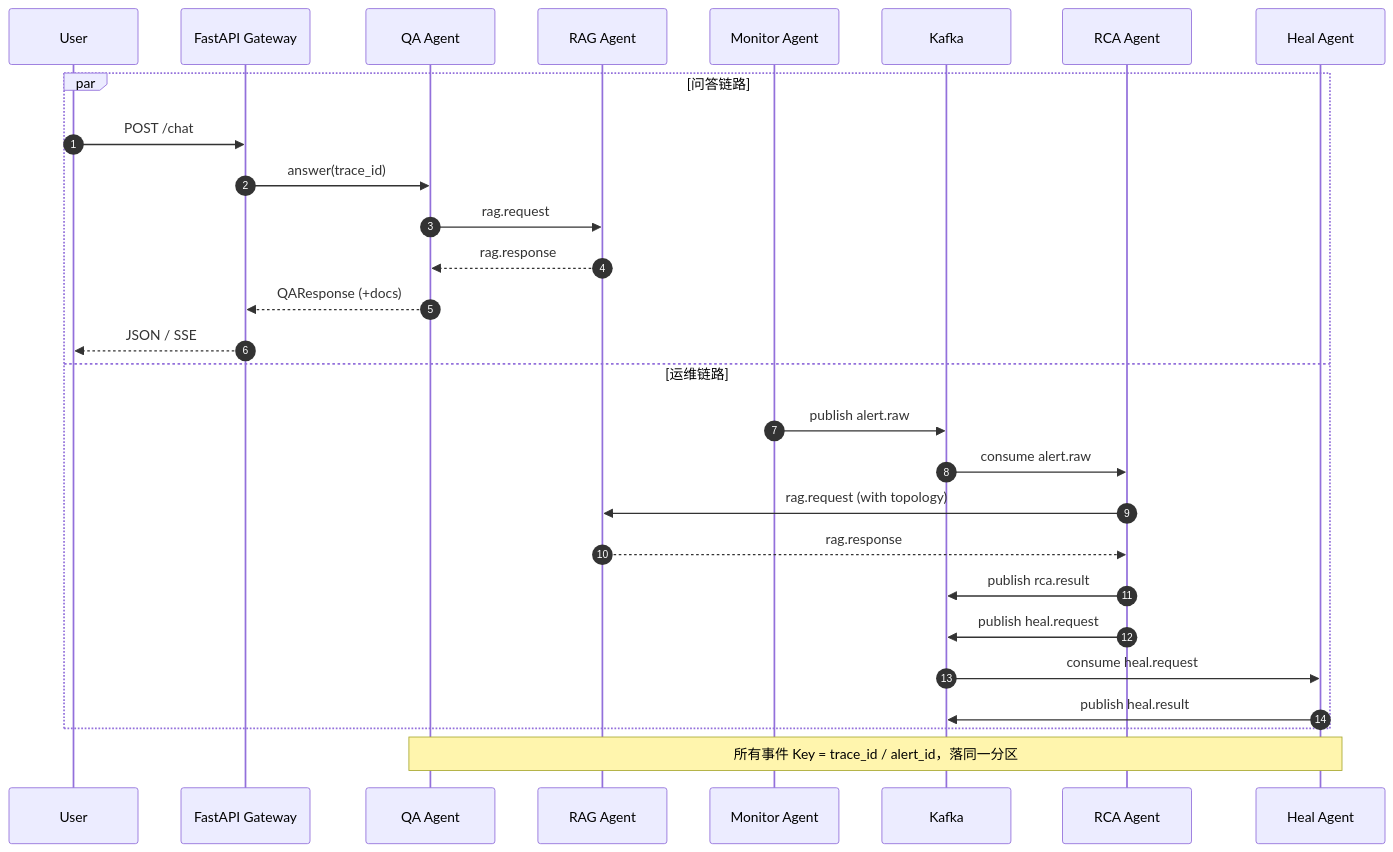
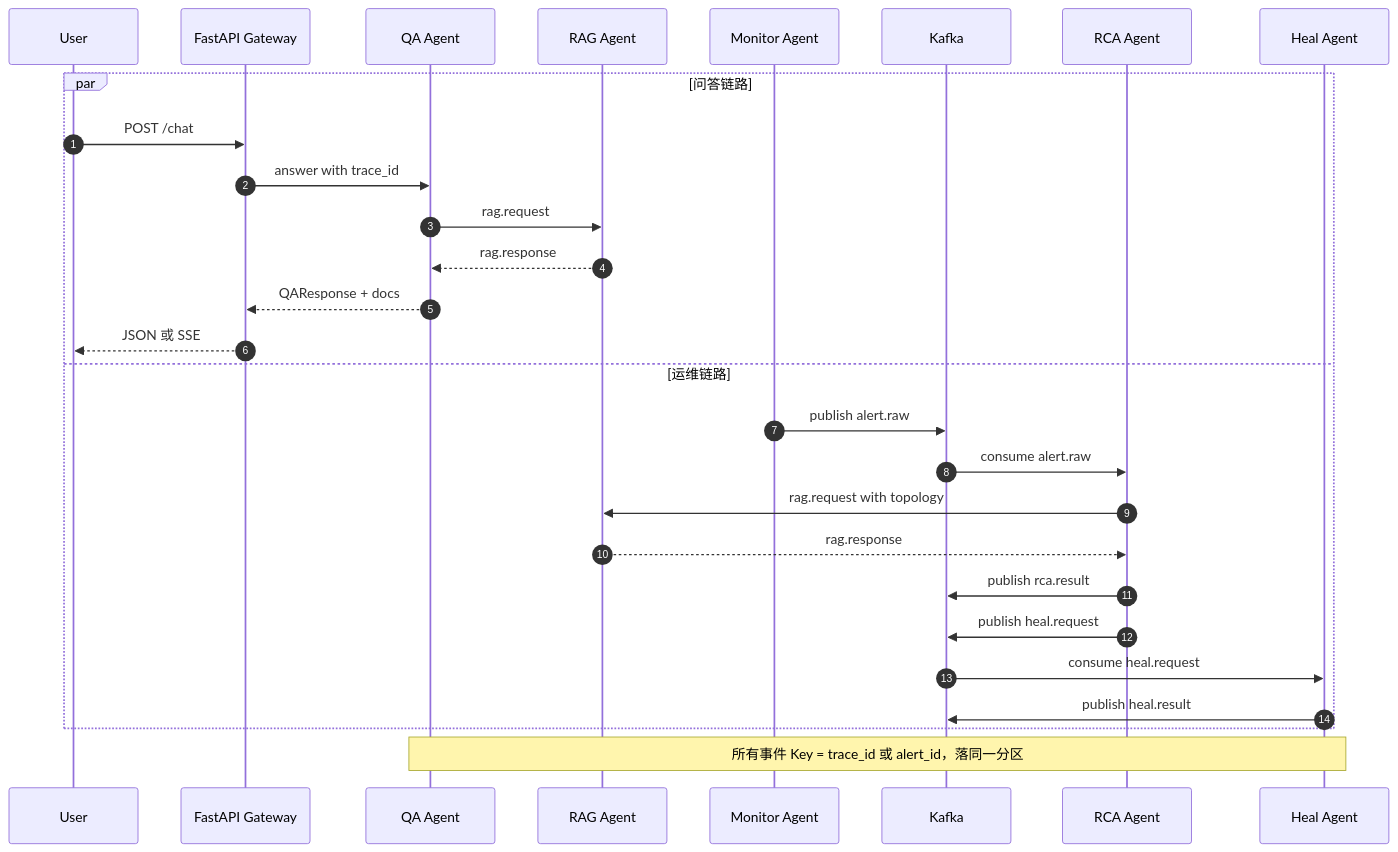
Before and after one commit to AlisLi/AIOps-Agent: the first of 11 diagrams in SYSTEM_DESIGN.md, drawn with Mermaid. The commit also changed other lines of this file, not shown here.

````diff
--- a/SYSTEM_DESIGN.md
+++ b/SYSTEM_DESIGN.md
@@ -158,31 +158,31 @@
 ```mermaid
 sequenceDiagram
     autonumber
     participant U as User
     participant GW as FastAPI Gateway
     participant QA as QA Agent
     participant RAG as RAG Agent
     participant MON as Monitor Agent
     participant K as Kafka
     participant RCA as RCA Agent
     participant HL as Heal Agent
 
     par 问答链路
         U->>GW: POST /chat
-        GW->>QA: answer(trace_id)
+        GW->>QA: answer with trace_id
         QA->>RAG: rag.request
         RAG-->>QA: rag.response
-        QA-->>GW: QAResponse (+docs)
-        GW-->>U: JSON / SSE
+        QA-->>GW: QAResponse + docs
+        GW-->>U: JSON 或 SSE
     and 运维链路
         MON->>K: publish alert.raw
         K->>RCA: consume alert.raw
-        RCA->>RAG: rag.request (with topology)
+        RCA->>RAG: rag.request with topology
         RAG-->>RCA: rag.response
         RCA->>K: publish rca.result
         RCA->>K: publish heal.request
         K->>HL: consume heal.request
         HL->>K: publish heal.result
     end
-    Note over QA,HL: 所有事件 Key = trace_id / alert_id，落同一分区
+    Note over QA,HL: 所有事件 Key = trace_id 或 alert_id，落同一分区
 ```
````
